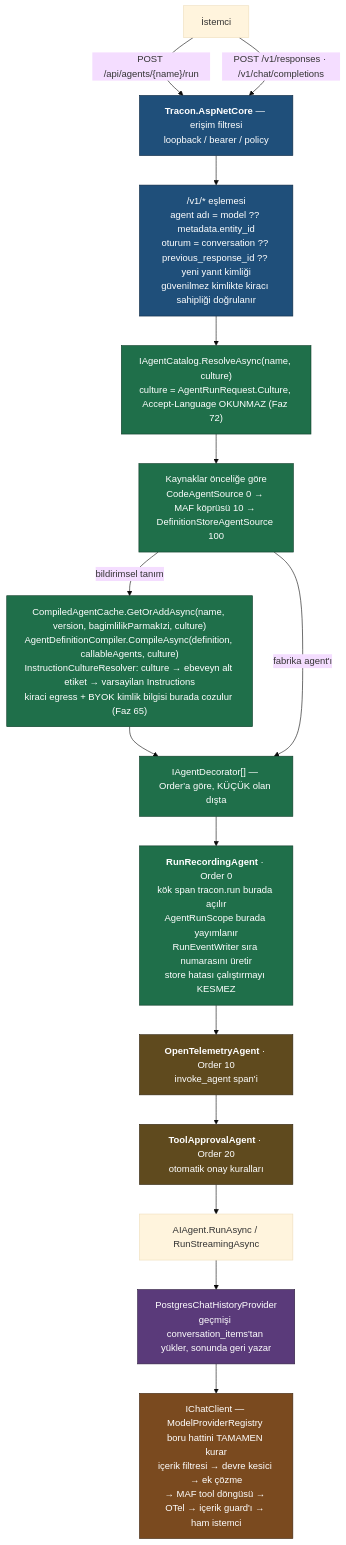
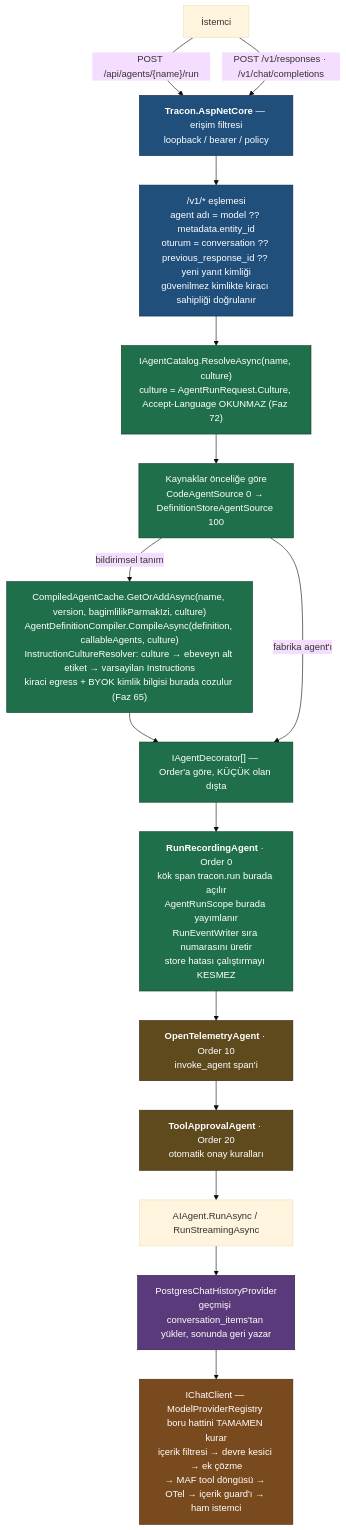
One commit to farukatasoy/Tracon changed the third of 7 diagrams in docs/MIMARI.md. Above: the diagram before and after it, drawn with Mermaid (base theme). The commit also changed 7 other files, not shown here.

````diff
--- a/docs/MIMARI.md
+++ b/docs/MIMARI.md
@@ -246,35 +246,35 @@
 ```mermaid
 flowchart TD
     C["İstemci"]
     H["<b>Tracon.AspNetCore</b> — erişim filtresi<br/>loopback / bearer / policy"]
     V1["/v1/* eşlemesi<br/>agent adı = model ?? metadata.entity_id<br/>oturum = conversation ?? previous_response_id ?? yeni yanıt kimliği<br/>güvenilmez kimlikte kiracı sahipliği doğrulanır"]
     R["IAgentCatalog.ResolveAsync(name, culture)<br/>culture = AgentRunRequest.Culture, Accept-Language OKUNMAZ (Faz 72)"]
-    SRC["Kaynaklar önceliğe göre<br/>CodeAgentSource 0 → MAF köprüsü 10 → DefinitionStoreAgentSource 100"]
+    SRC["Kaynaklar önceliğe göre<br/>CodeAgentSource 0 → DefinitionStoreAgentSource 100"]
     COMP["CompiledAgentCache.GetOrAddAsync(name, version, bagimlilikParmakIzi, culture)<br/>AgentDefinitionCompiler.CompileAsync(definition, callableAgents, culture)<br/>InstructionCultureResolver: culture → ebeveyn alt etiket → varsayilan Instructions<br/>kiraci egress + BYOK kimlik bilgisi burada cozulur (Faz 65)"]
     DEC["IAgentDecorator[] — Order'a göre, KÜÇÜK olan dışta"]
     REC["<b>RunRecordingAgent</b> · Order 0<br/>kök span tracon.run burada açılır<br/>AgentRunScope burada yayımlanır<br/>RunEventWriter sıra numarasını üretir<br/>store hatası çalıştırmayı KESMEZ"]
     OTEL["<b>OpenTelemetryAgent</b> · Order 10<br/>invoke_agent span'i"]
     APR["<b>ToolApprovalAgent</b> · Order 20<br/>otomatik onay kuralları"]
     RUN["AIAgent.RunAsync / RunStreamingAsync"]
     CHP["PostgresChatHistoryProvider<br/>geçmişi conversation_items'tan yükler, sonunda geri yazar"]
     LLM["IChatClient — ModelProviderRegistry boru hattini TAMAMEN kurar<br/>içerik filtresi → devre kesici → ek çözme<br/>→ MAF tool döngüsü → OTel → içerik guard'ı → ham istemci"]
 
     C -->|"POST /api/agents/{name}/run"| H
     C -->|"POST /v1/responses · /v1/chat/completions"| H
     H --> V1 --> R --> SRC
     SRC -->|"bildirimsel tanım"| COMP --> DEC
     SRC -->|"fabrika agent'ı"| DEC
     DEC --> REC --> OTEL --> APR --> RUN
     RUN --> CHP --> LLM
 
     classDef faz4 fill:#1f4f7a,stroke:#0d2740,color:#ffffff
     classDef faz1 fill:#1f6f4a,stroke:#0d3b27,color:#ffffff
     classDef faz2 fill:#5a3a7a,stroke:#2c1c3d,color:#ffffff
     classDef faz3 fill:#7a4a1f,stroke:#3d250f,color:#ffffff
     class H,V1 faz4
     classDef faz6 fill:#5f4a1e,stroke:#302510,color:#ffffff
     class R,SRC,COMP,DEC,REC faz1
     class CHP faz2
     class LLM faz3
     class OTEL,APR faz6
 ```
````
